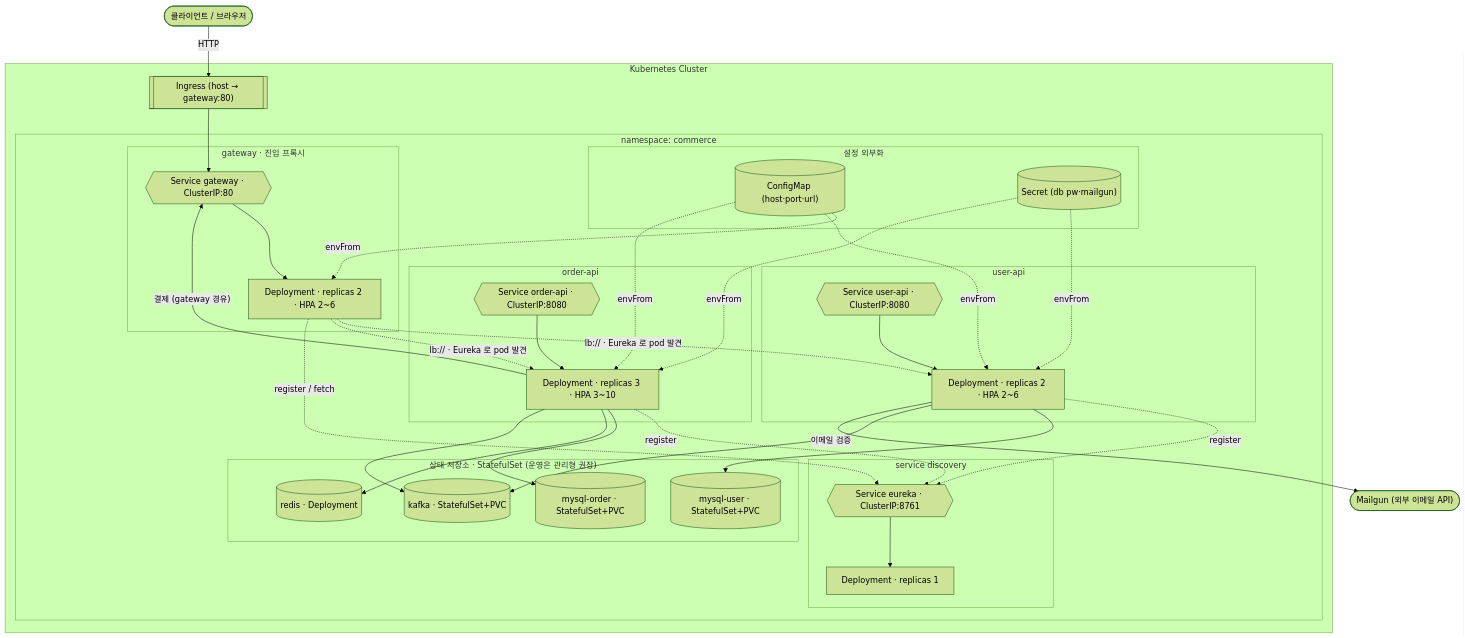
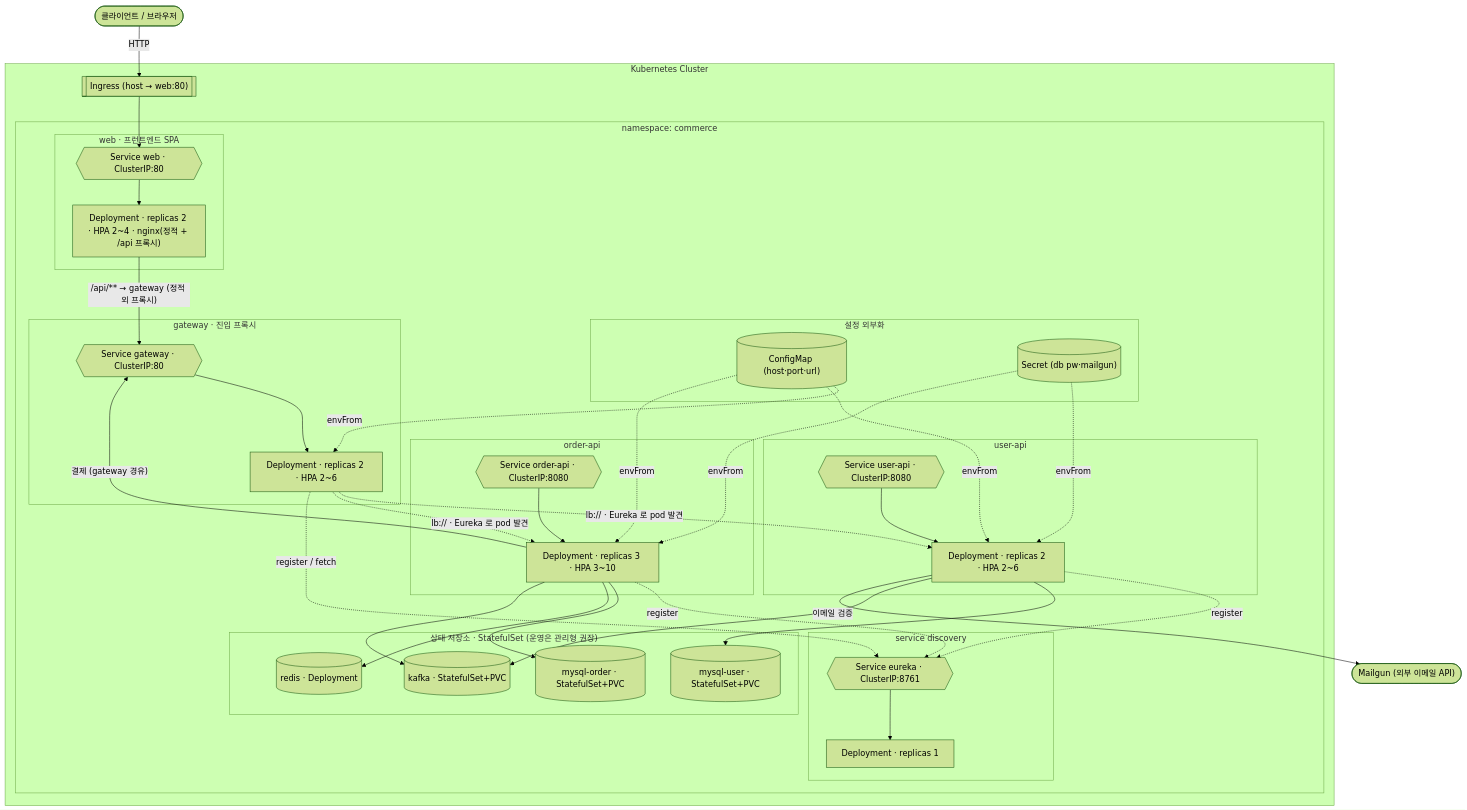
Before and after one commit to jameskim9509/CommerceAPI: the fourth of 7 diagrams in ADR/006-kubernetes-deployment-scalability.md, drawn with Mermaid (forest theme). The commit also changed other lines of this file and 2 other files, not shown here.

Commit message:
docs: web 진입점 전환을 ADR-006·README 에 동기화 + 배포 아키텍처 PDF
ADR-006 표/다이어그램/흐름 요약을 web 외부 진입(gateway 내부화)으로 갱신,
web 행(리소스·probe) 추가. k8s README: Docker Desktop(kind) 기준 빌드/로드
절차(PowerShell)·StorageClass 의존 주의 보강, web 이미지 push 남는 책임 명시.
배포 아키텍처 다이어그램 PDF 추가.

````diff
--- a/ADR/006-kubernetes-deployment-scalability.md
+++ b/ADR/006-kubernetes-deployment-scalability.md
@@ -187,72 +187,79 @@
 ```mermaid
 flowchart TB
     Client(["클라이언트 / 브라우저"])
     Mailgun(["Mailgun (외부 이메일 API)"])
 
     subgraph cluster["Kubernetes Cluster"]
-      ING[["Ingress (host → gateway:80)"]]
+      ING[["Ingress (host → web:80)"]]
 
       subgraph ns["namespace: commerce"]
 
         subgraph cfg["설정 외부화"]
           CM[("ConfigMap (host·port·url)")]
           SEC[("Secret (db pw·mailgun)")]
+        end
+
+        subgraph web["web · 프런트엔드 SPA"]
+          WBS{{"Service web · ClusterIP:80"}}
+          WBD["Deployment · replicas 2 · HPA 2~4 · nginx(정적 + /api 프록시)"]
+          WBS --> WBD
         end
 
         subgraph gw["gateway · 진입 프록시"]
           GWS{{"Service gateway · ClusterIP:80"}}
           GWD["Deployment · replicas 2 · HPA 2~6"]
           GWS --> GWD
         end
 
         subgraph eu["service discovery"]
           EUS{{"Service eureka · ClusterIP:8761"}}
           EUD["Deployment · replicas 1"]
           EUS --> EUD
         end
 
         subgraph ua["user-api"]
           UAS{{"Service user-api · ClusterIP:8080"}}
           UAD["Deployment · replicas 2 · HPA 2~6"]
           UAS --> UAD
         end
 
         subgraph oa["order-api"]
           OAS{{"Service order-api · ClusterIP:8080"}}
           OAD["Deployment · replicas 3 · HPA 3~10"]
           OAS --> OAD
         end
 
         subgraph infra["상태 저장소 · StatefulSet (운영은 관리형 권장)"]
           MU[("mysql-user · StatefulSet+PVC")]
           MO[("mysql-order · StatefulSet+PVC")]
           RD[("redis · Deployment")]
           KF[("kafka · StatefulSet+PVC")]
         end
 
       end
     end
 
-    Client -->|HTTP| ING --> GWS
+    Client -->|HTTP| ING --> WBS
+    WBD -->|"/api/** → gateway (정적 외 프록시)"| GWS
     GWD -.->|"lb:// · Eureka 로 pod 발견"| UAD
     GWD -.->|"lb:// · Eureka 로 pod 발견"| OAD
 
     GWD -.->|register / fetch| EUS
     UAD -.->|register| EUS
     OAD -.->|register| EUS
 
     OAD -->|"결제 (gateway 경유)"| GWS
 
     UAD --> MU
     OAD --> MO
     OAD --> RD
     UAD --> KF
     OAD --> KF
     UAD -->|이메일 검증| Mailgun
 
     CM -.->|envFrom| GWD
     CM -.->|envFrom| UAD
     CM -.->|envFrom| OAD
     SEC -.->|envFrom| UAD
     SEC -.->|envFrom| OAD
 ```
````
